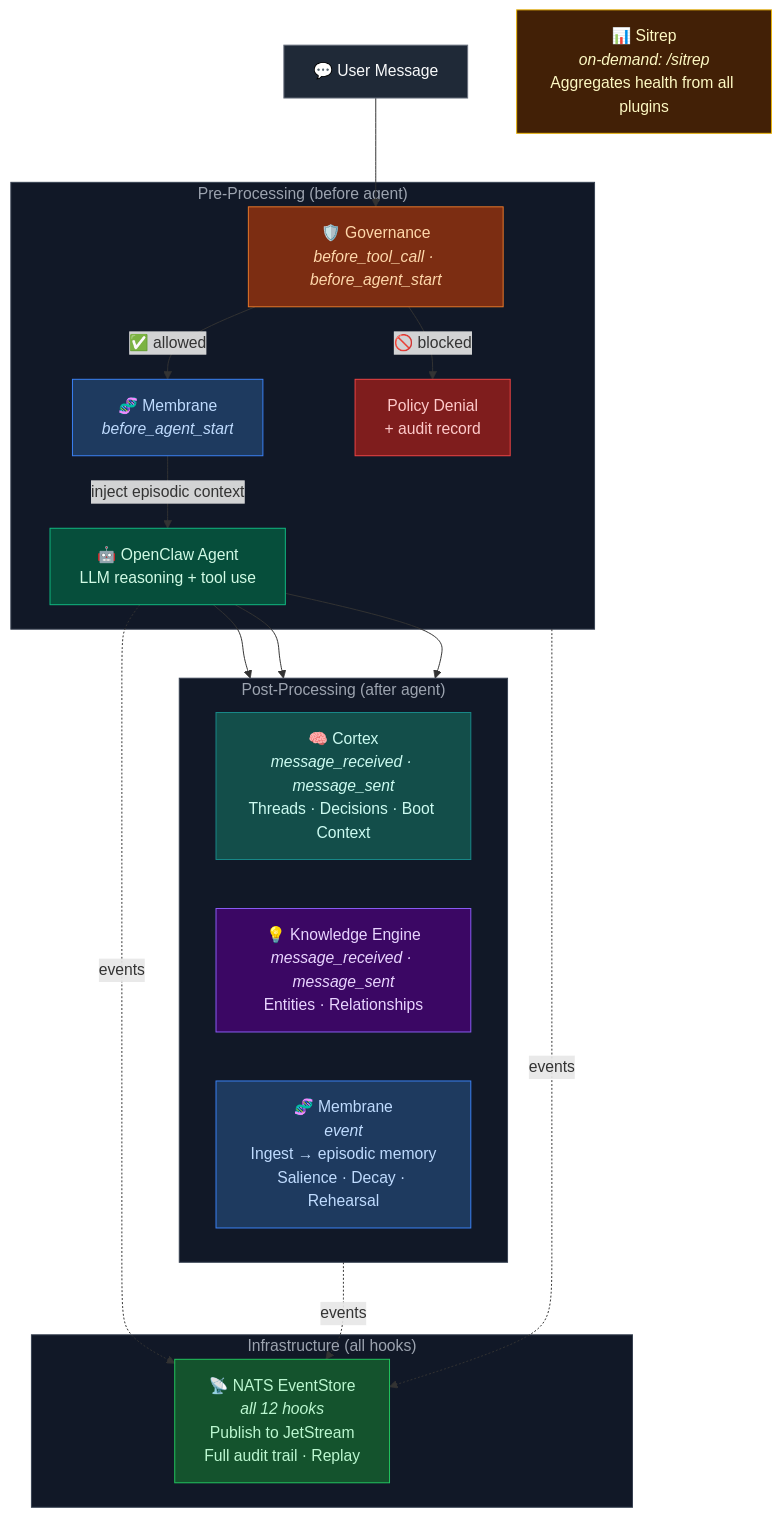
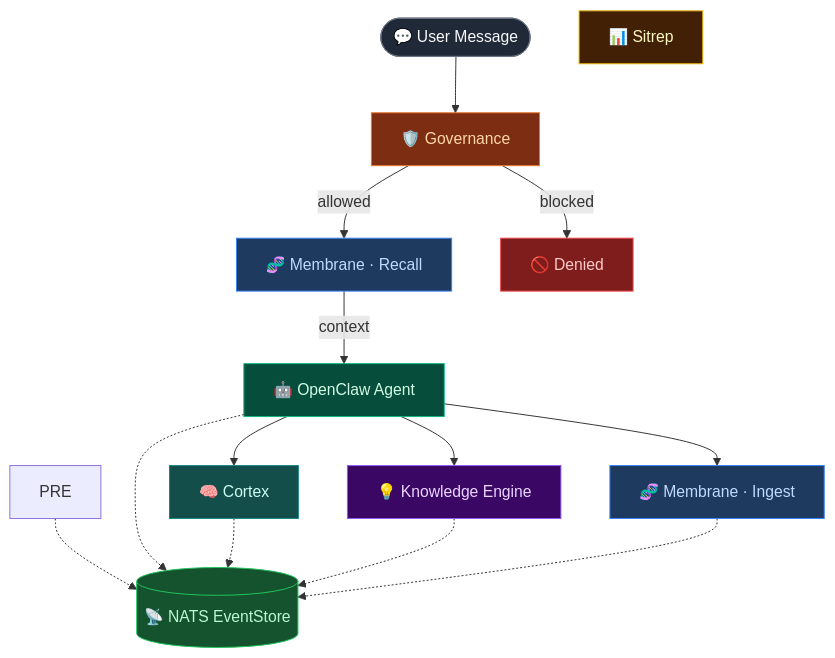
The diagram in README.md (alberthild/vainplex-openclaw), drawn with Mermaid before and after one commit.

Commit message:
docs: simplify Mermaid diagram — shorter labels, cleaner layout

````diff
--- a/README.md
+++ b/README.md
@@ -77,49 +77,39 @@
 ```mermaid
 flowchart TD
-    MSG["💬 User Message"] --> GOV
+    MSG(["💬 User Message"]) --> GOV
 
-    subgraph PRE ["Pre-Processing (before agent)"]
-        GOV["🛡️ Governance\n<i>before_tool_call · before_agent_start</i>"]
-        GOV -->|"✅ allowed"| MEM_R
-        GOV -->|"🚫 blocked"| DENY["Policy Denial\n+ audit record"]
-        MEM_R["🧬 Membrane\n<i>before_agent_start</i>"]
-        MEM_R -->|"inject episodic context"| AGENT
-    end
+    GOV["🛡️ Governance"]
+    GOV -->|allowed| MEM_R
+    GOV -->|blocked| DENY["🚫 Denied"]
 
-    AGENT["🤖 OpenClaw Agent\nLLM reasoning + tool use"]
+    MEM_R["🧬 Membrane · Recall"]
+    MEM_R -->|context| AGENT
 
-    subgraph POST ["Post-Processing (after agent)"]
-        direction LR
-        CTX["🧠 Cortex\n<i>message_received · message_sent</i>\nThreads · Decisions · Boot Context"]
-        KE["💡 Knowledge Engine\n<i>message_received · message_sent</i>\nEntities · Relationships"]
-        MEM_I["🧬 Membrane\n<i>event</i>\nIngest → episodic memory\nSalience · Decay · Rehearsal"]
-    end
+    AGENT["🤖 OpenClaw Agent"]
 
-    AGENT --> CTX
-    AGENT --> KE
-    AGENT --> MEM_I
+    AGENT --> CTX & KE & MEM_I
 
-    subgraph INFRA ["Infrastructure (all hooks)"]
-        NATS["📡 NATS EventStore\n<i>all 12 hooks</i>\nPublish to JetStream\nFull audit trail · Replay"]
-    end
+    CTX["🧠 Cortex"]
+    KE["💡 Knowledge Engine"]
+    MEM_I["🧬 Membrane · Ingest"]
 
-    PRE -.->|"events"| NATS
-    AGENT -.->|"events"| NATS
-    POST -.->|"events"| NATS
+    PRE -.-> NATS
+    AGENT -.-> NATS
+    CTX -.-> NATS
+    KE -.-> NATS
+    MEM_I -.-> NATS
 
-    SITREP["📊 Sitrep\n<i>on-demand: /sitrep</i>\nAggregates health from all plugins"]
+    NATS[("📡 NATS EventStore")]
+    SITREP["📊 Sitrep"]
 
     style MSG fill:#1f2937,stroke:#6b7280,color:#f9fafb
     style GOV fill:#7c2d12,stroke:#e8782a,color:#fed7aa
     style MEM_R fill:#1e3a5f,stroke:#3b82f6,color:#bfdbfe
     style AGENT fill:#064e3b,stroke:#10b981,color:#d1fae5
     style CTX fill:#134e4a,stroke:#198989,color:#ccfbf1
     style KE fill:#3b0764,stroke:#8b5cf6,color:#e9d5ff
     style MEM_I fill:#1e3a5f,stroke:#3b82f6,color:#bfdbfe
     style NATS fill:#14532d,stroke:#22c55e,color:#bbf7d0
     style SITREP fill:#422006,stroke:#eab308,color:#fef9c3
     style DENY fill:#7f1d1d,stroke:#ef4444,color:#fecaca
-    style PRE fill:#111827,stroke:#374151,color:#9ca3af
-    style POST fill:#111827,stroke:#374151,color:#9ca3af
-    style INFRA fill:#111827,stroke:#374151,color:#9ca3af
 ```
````
